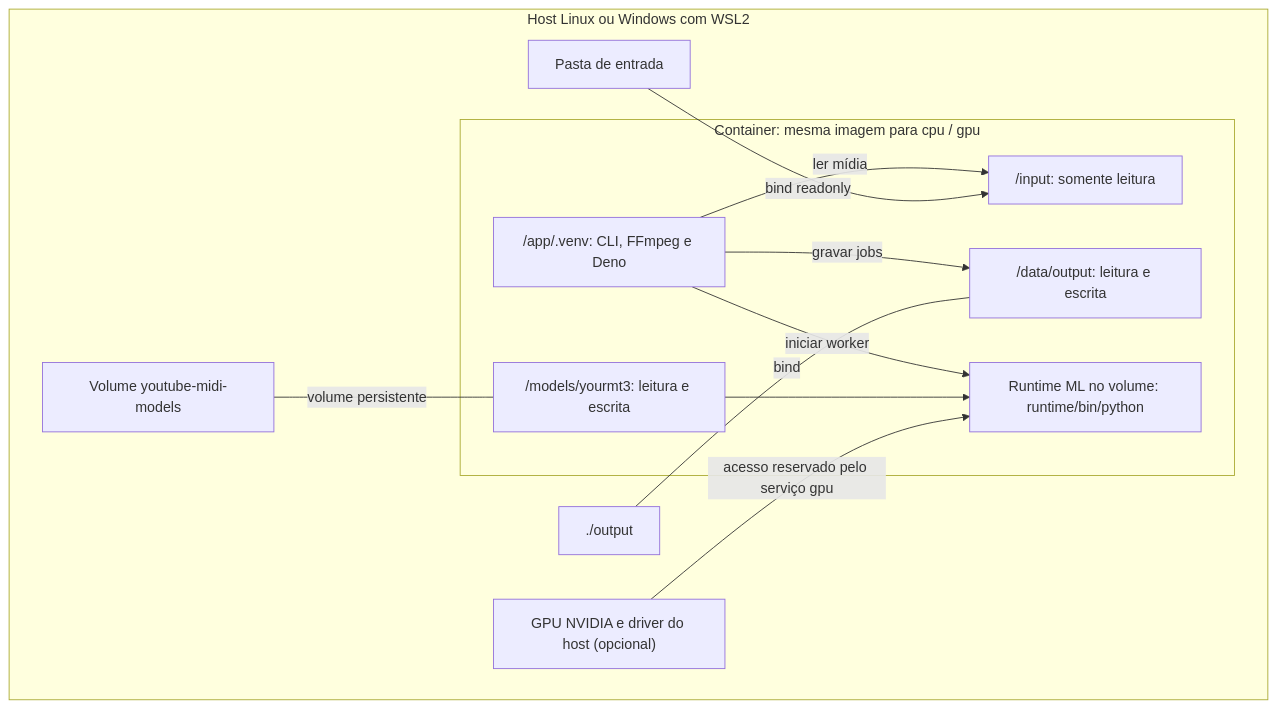
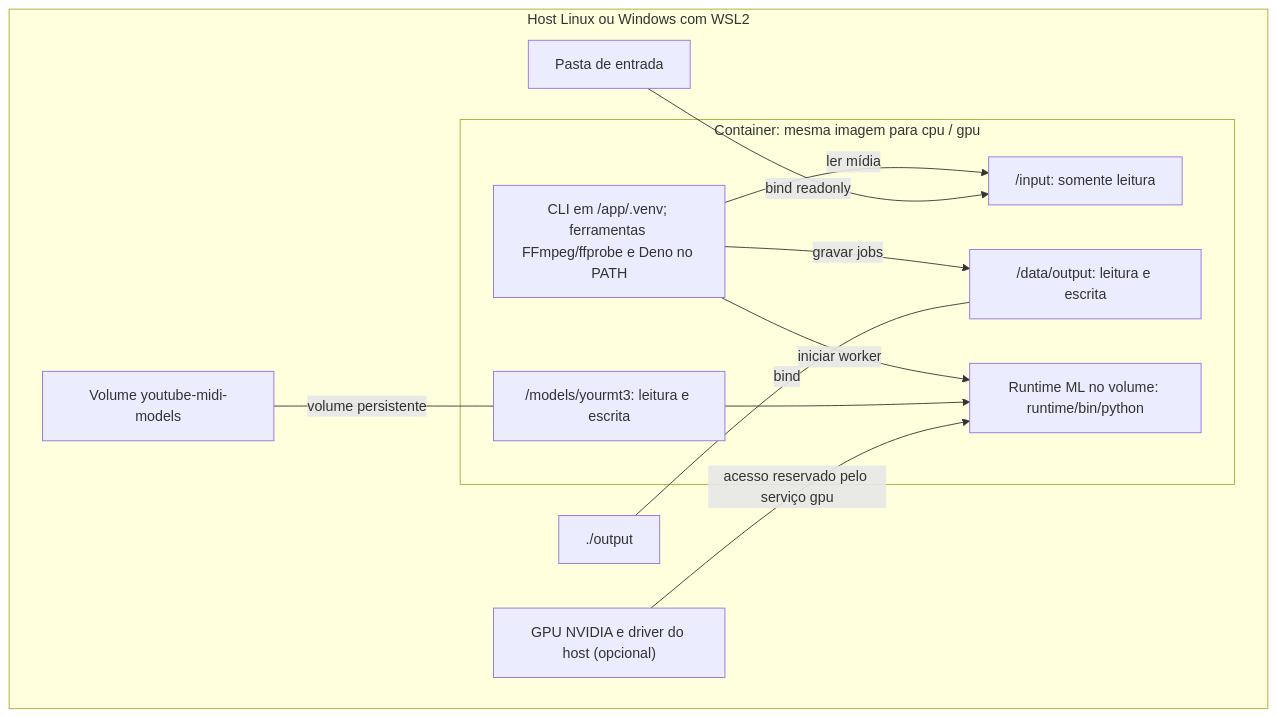
Before and after one commit to fernandosola/202611_fpo_ytmidi: the fifth of 5 diagrams in docs/architecture.md, drawn with Mermaid. The commit also changed other lines of this file, not shown here.

Commit message:
Atualiza o diagrama de fluxo e a descrição do pipeline para refletir mudanças na extração e validação de WAV, além de melhorias na transcrição e exportação de MIDI.

````diff
--- a/docs/architecture.md
+++ b/docs/architecture.md
@@ -451,24 +447,24 @@
 ```mermaid
 flowchart TB
      subgraph host["Host Linux ou Windows com WSL2"]
           input["Pasta de entrada"]
           output["./output"]
           models["Volume youtube-midi-models"]
           gpu["GPU NVIDIA e driver do host (opcional)"]
           subgraph container["Container: mesma imagem para cpu / gpu"]
-                cli["/app/.venv: CLI, FFmpeg e Deno"]
+            cli["CLI em /app/.venv; ferramentas FFmpeg/ffprobe e Deno no PATH"]
                 ro["/input: somente leitura"]
                 jobs["/data/output: leitura e escrita"]
                 cache["/models/yourmt3: leitura e escrita"]
                 runtime["Runtime ML no volume: runtime/bin/python"]
                 cli -->|"ler mídia"| ro
                 cli -->|"gravar jobs"| jobs
                 cli -->|"iniciar worker"| runtime
                 cache --> runtime
           end
           input -->|"bind readonly"| ro
           output ---|"bind"| jobs
           models ---|"volume persistente"| cache
           gpu -->|"acesso reservado pelo serviço gpu"| runtime
      end
 ```
````
